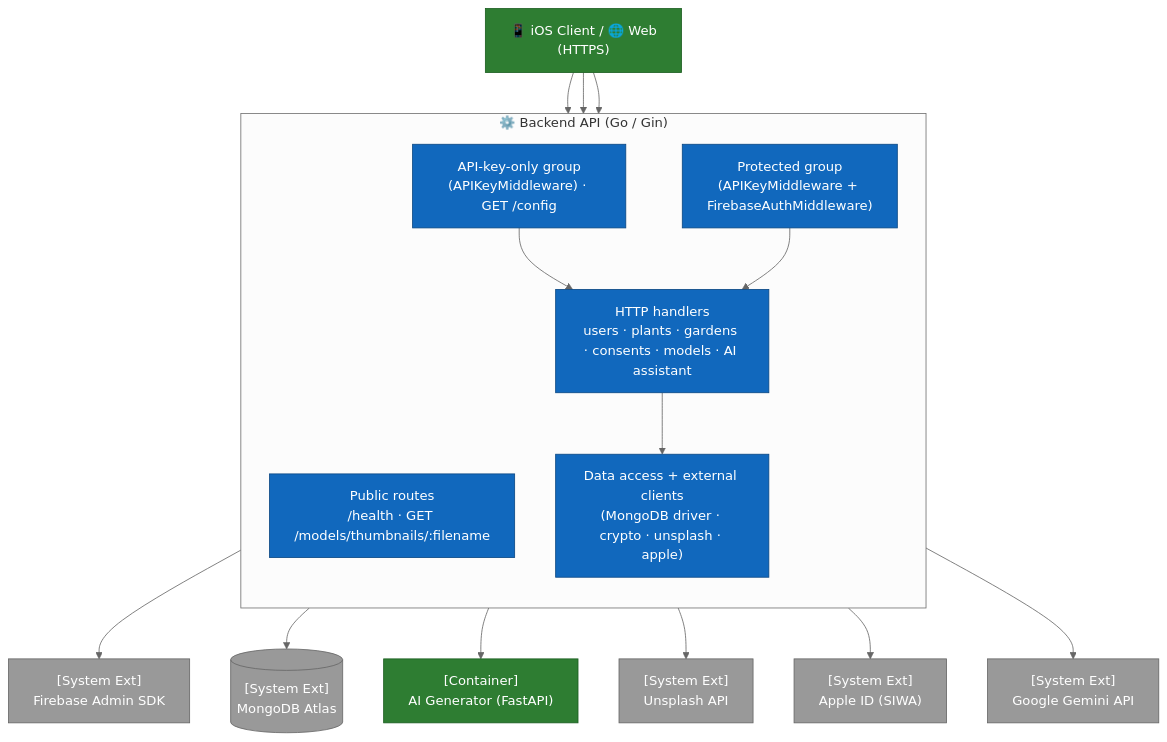
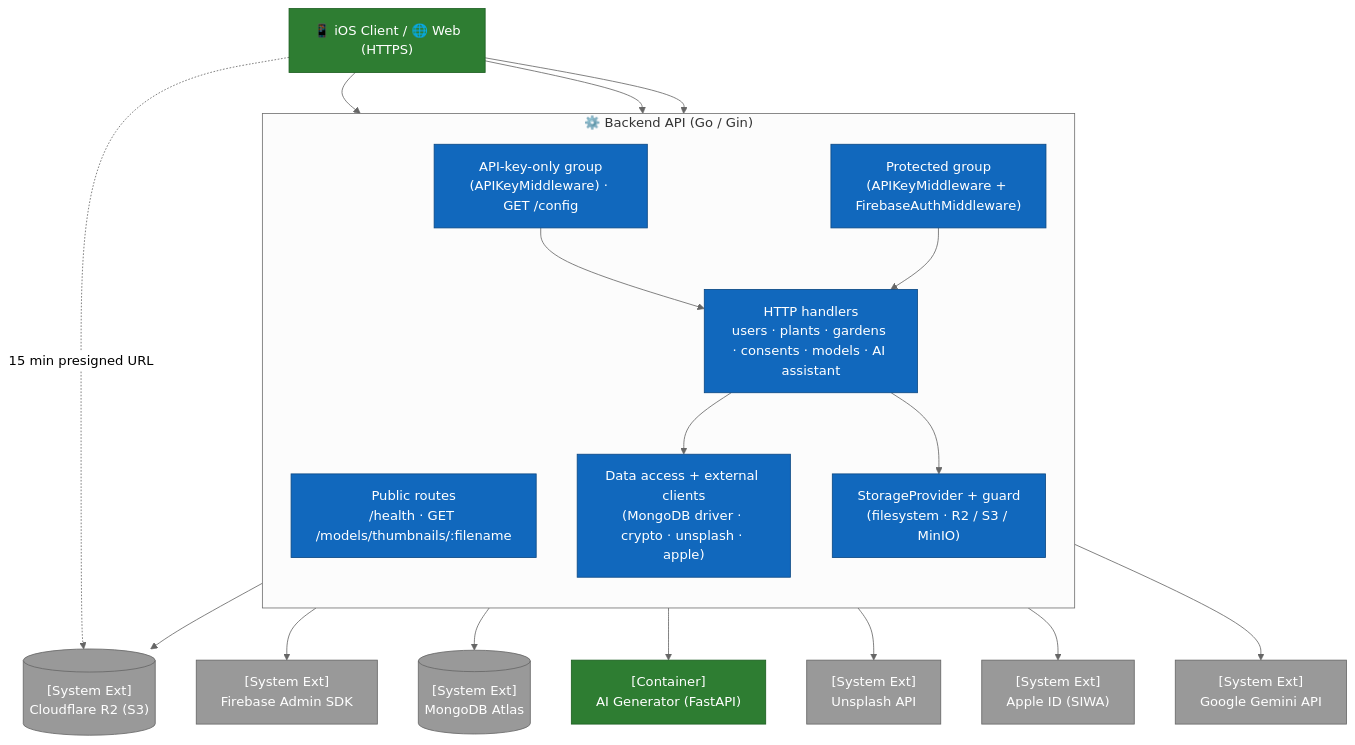
Before and after one commit to ArboreTeam/Arbore: the diagram in docs/en/architecture/03-components-backend.md, drawn with Mermaid (neutral theme). The commit also changed 11 other files, not shown here.

````diff
--- a/docs/en/architecture/03-components-backend.md
+++ b/docs/en/architecture/03-components-backend.md
@@ -9,41 +9,46 @@
 ```mermaid
 flowchart TB
     client["📱 iOS Client / 🌐 Web<br/>(HTTPS)"]
 
     subgraph backend["⚙️ Backend API (Go / Gin)"]
         direction TB
         public["Public routes<br/>/health · GET /models/thumbnails/:filename"]
         apikey["API-key-only group<br/>(APIKeyMiddleware) · GET /config"]
         protected["Protected group<br/>(APIKeyMiddleware + FirebaseAuthMiddleware)"]
         handlers["HTTP handlers<br/>users · plants · gardens · consents · models · AI assistant"]
         access["Data access + external clients<br/>(MongoDB driver · crypto · unsplash · apple)"]
+        storage["StorageProvider + guard<br/>(filesystem · R2 / S3 / MinIO)"]
 
         apikey --> handlers
         protected --> handlers
         handlers --> access
+        handlers --> storage
     end
 
     mongo[("[System Ext]<br/>MongoDB Atlas")]
     firebase_admin["[System Ext]<br/>Firebase Admin SDK"]
     ai_gen["[Container]<br/>AI Generator (FastAPI)"]
     unsplash["[System Ext]<br/>Unsplash API"]
     apple["[System Ext]<br/>Apple ID (SIWA)"]
     gemini["[System Ext]<br/>Google Gemini API"]
+    storage_ext[("[System Ext]<br/>Cloudflare R2 (S3)")]
 
     client --> public
     client --> apikey
     client --> protected
     protected --> firebase_admin
     access --> mongo
     access --> ai_gen
     access --> unsplash
     access --> apple
     handlers --> gemini
+    storage --> storage_ext
+    client -. "15 min presigned URL" .-> storage_ext
 
     classDef ext   fill:#999,stroke:#666,color:#fff
     classDef layer fill:#1168BD,stroke:#0B4884,color:#fff
     classDef cont  fill:#2E7D32,stroke:#1B5E20,color:#fff
-    class public,apikey,protected,handlers,access layer
+    class public,apikey,protected,handlers,access,storage layer
     class client,ai_gen cont
-    class mongo,firebase_admin,unsplash,apple,gemini ext
+    class mongo,firebase_admin,unsplash,apple,gemini,storage_ext ext
 ```
````
